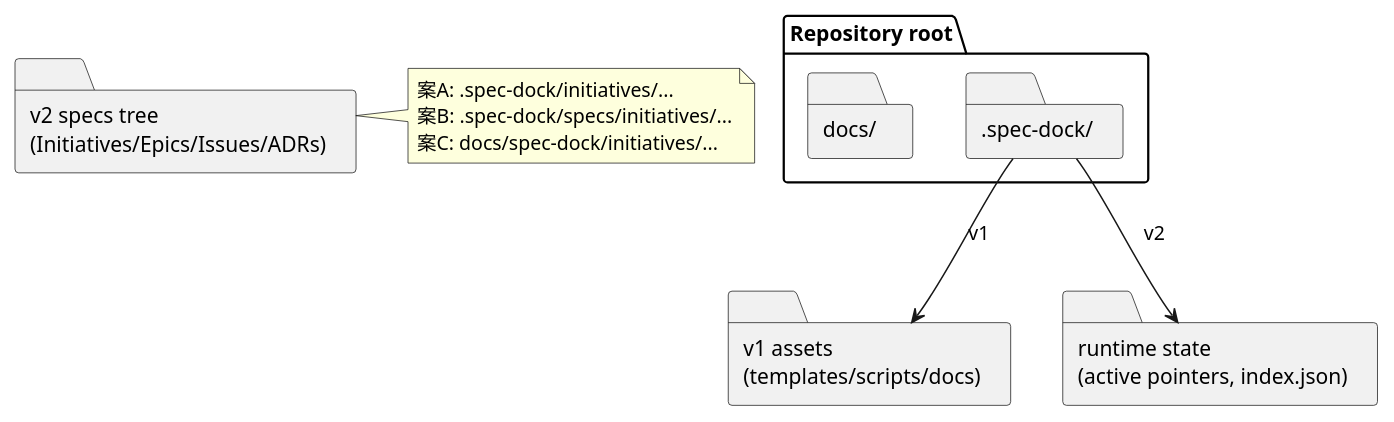
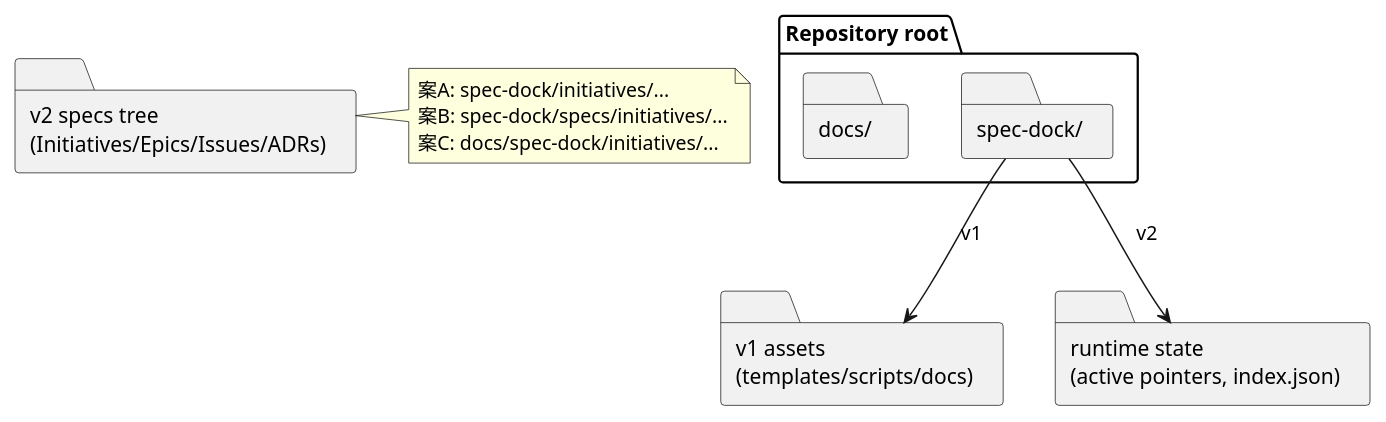
The diagram in docs/discussion-sheets/01_tree_root_location.md (chemitaro/spec-dock), drawn with PlantUML before and after one commit. The commit also changed other lines of this file and 26 other files, not shown here.

Commit message:
chore: spec-dock ディレクトリ参照を非ドット表記に統一 - README や docs/multilingual assets で `.spec-dock` から `spec-dock` に名称を差し替え - CLI/スクリプト内の定数や説明文に新しいディレクトリ名と旧名の案内を加え - テストで `spec-dock` 配下のファイル/マーカーを検証するよう更新

````diff
--- a/docs/discussion-sheets/01_tree_root_location.md
+++ b/docs/discussion-sheets/01_tree_root_location.md
@@ -153,23 +153,23 @@
 ```plantuml
 @startuml
 skinparam componentStyle rectangle
 
 package "Repository root" {
-  folder ".spec-dock/" as specdock
+  folder "spec-dock/" as specdock
   folder "docs/" as docs
 }
 
 folder "v1 assets\n(templates/scripts/docs)" as v1
 folder "v2 specs tree\n(Initiatives/Epics/Issues/ADRs)" as v2
 folder "runtime state\n(active pointers, index.json)" as runtime
 
 specdock --> v1 : v1
 specdock --> runtime : v2
 
 note right of v2
-案A: .spec-dock/initiatives/...
-案B: .spec-dock/specs/initiatives/...
+案A: spec-dock/initiatives/...
+案B: spec-dock/specs/initiatives/...
 案C: docs/spec-dock/initiatives/...
 end note
 @enduml
 ```
````
